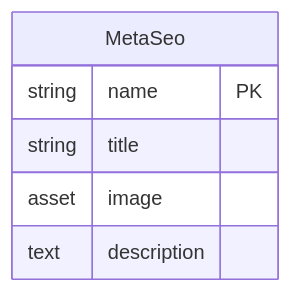
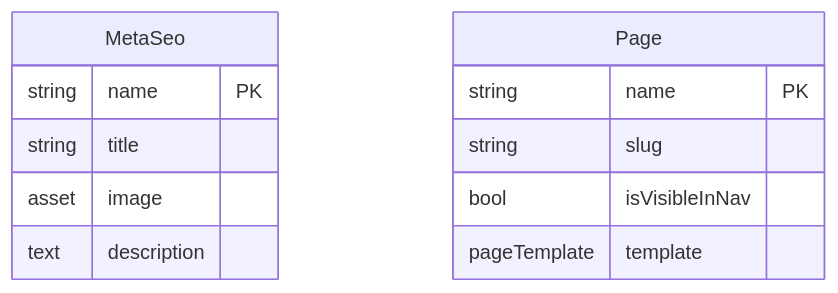
Before and after one commit to brendanpowershifter/erd-docs: the diagram in src/common-erd-tables.md, drawn with Mermaid. The commit also changed other lines of this file and 9 other files, not shown here.

Commit message:
add navigation erd

````diff
--- a/src/common-erd-tables.md
+++ b/src/common-erd-tables.md
@@ -1,9 +2,16 @@
 ```mermaid
 erDiagram
  MetaSeo {
     string name PK
     string title
     asset image
     text description
   }
+
+  Page {
+    string name PK
+    string slug
+    bool isVisibleInNav
+    pageTemplate template
+  }
 ```
````
